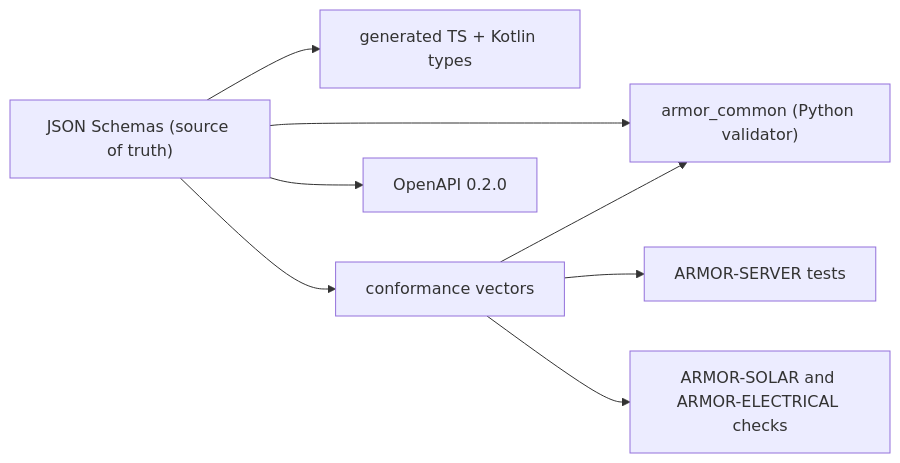
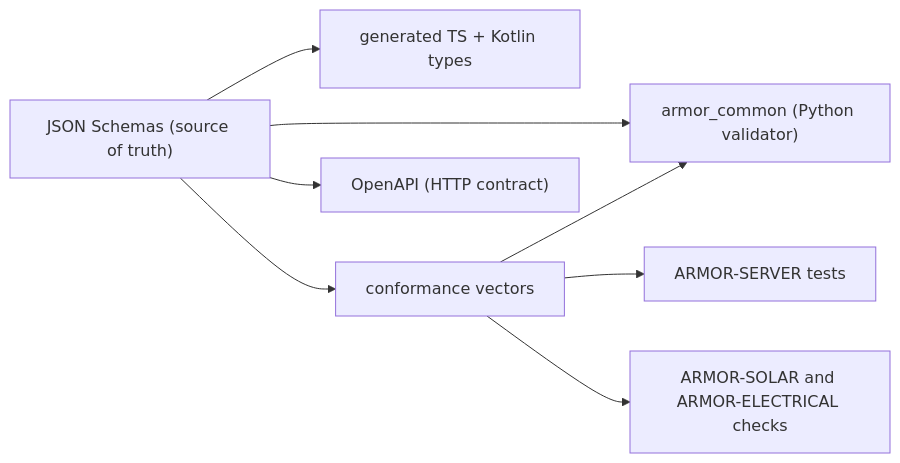
The diagram in README_ita.md (JuanenRac/ARMOR-COMMON), drawn with Mermaid before and after one commit. The commit also changed other lines of this file and 72 other files, not shown here.

First line of the commit message:
Make patterns strict, the HTTP contract valid, firmware releases signed as manifests and the shared firmware safer

````diff
--- a/README_ita.md
+++ b/README_ita.md
@@ -63,10 +63,10 @@
 ```mermaid
 flowchart LR
     S["JSON Schemas (source of truth)"] --> P["armor_common (Python validator)"]
     S --> G["generated TS + Kotlin types"]
     S --> V["conformance vectors"]
     V --> P
     V --> T["ARMOR-SERVER tests"]
     V --> X["ARMOR-SOLAR and ARMOR-ELECTRICAL checks"]
-    S --> O["OpenAPI 0.2.0"]
+    S --> O["OpenAPI (HTTP contract)"]
 ```
````
